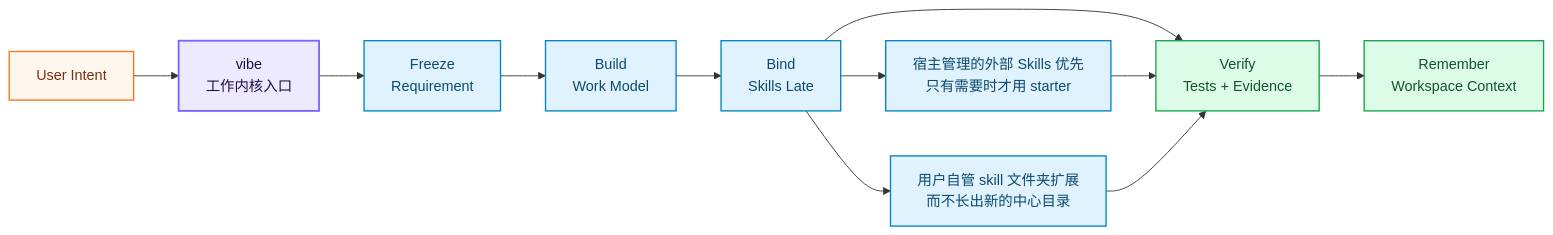
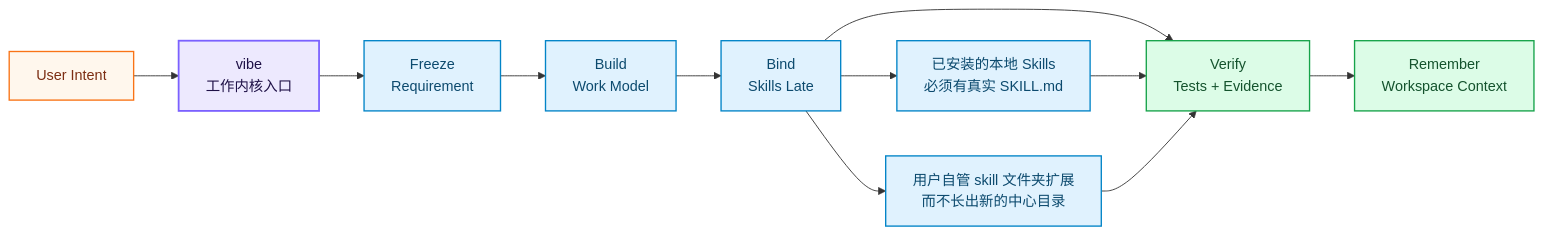
The first of 2 diagrams in README.zh.md (hallfay0/Vibe-Skills), drawn with Mermaid before and after one commit. The commit also changed other lines of this file and 181 other files, not shown here.

````diff
--- a/README.zh.md
+++ b/README.zh.md
@@ -151,29 +151,29 @@
 ```mermaid
 flowchart LR
     accTitle: VibeSkills Harness Flow
     accDescr: User intent enters the vibe harness. The harness freezes intent, builds a work model, binds helpful Skills late, verifies evidence, and preserves workspace context.
 
     user["User Intent"]
     vibe["vibe<br/>工作内核入口"]
     freeze["Freeze<br/>Requirement"]
     plan["Build<br/>Work Model"]
     route["Bind<br/>Skills Late"]
-    skills["宿主管理的外部 Skills 优先<br/>只有需要时才用 starter"]
+    skills["已安装的本地 Skills<br/>必须有真实 SKILL.md"]
     future["用户自管 skill 文件夹扩展<br/>而不长出新的中心目录"]
     verify["Verify<br/>Tests + Evidence"]
     memory["Remember<br/>Workspace Context"]
 
     user --> vibe --> freeze --> plan --> route --> verify --> memory
     route --> skills --> verify
     route --> future --> verify
 
     classDef core fill:#ede9fe,stroke:#7B61FF,stroke-width:2px,color:#1f1147
     classDef stage fill:#e0f2fe,stroke:#0284c7,stroke-width:1.5px,color:#0c4a6e
     classDef proof fill:#dcfce7,stroke:#16a34a,stroke-width:1.5px,color:#14532d
     classDef user fill:#fff7ed,stroke:#f97316,stroke-width:1.5px,color:#7c2d12
 
     class vibe core
     class freeze,plan,route,skills,future stage
     class verify,memory proof
     class user user
 ```
````
